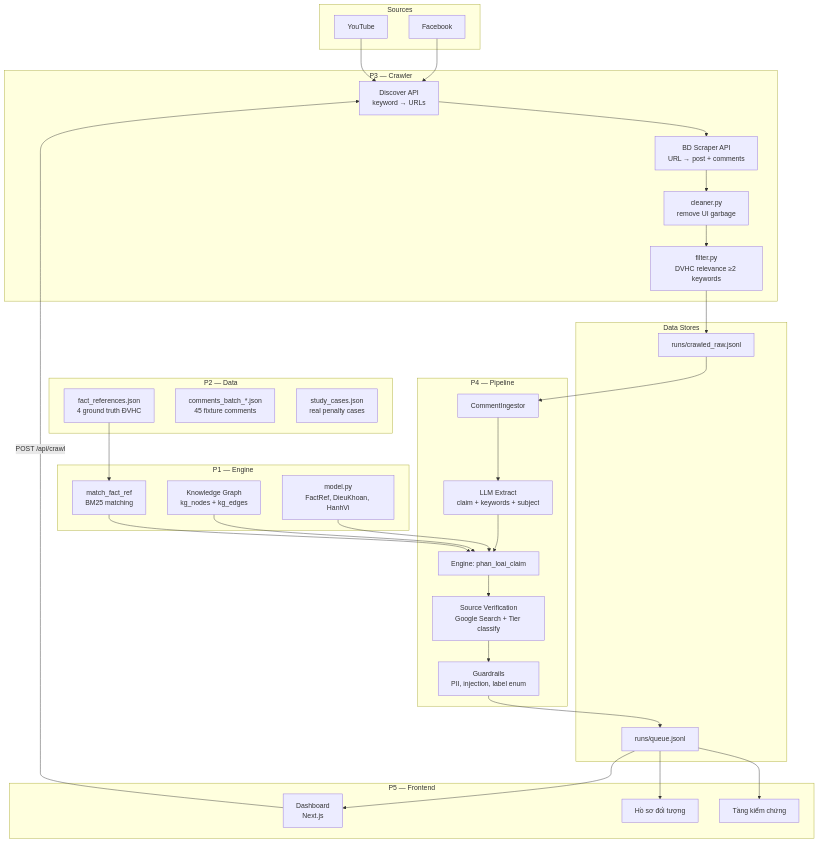
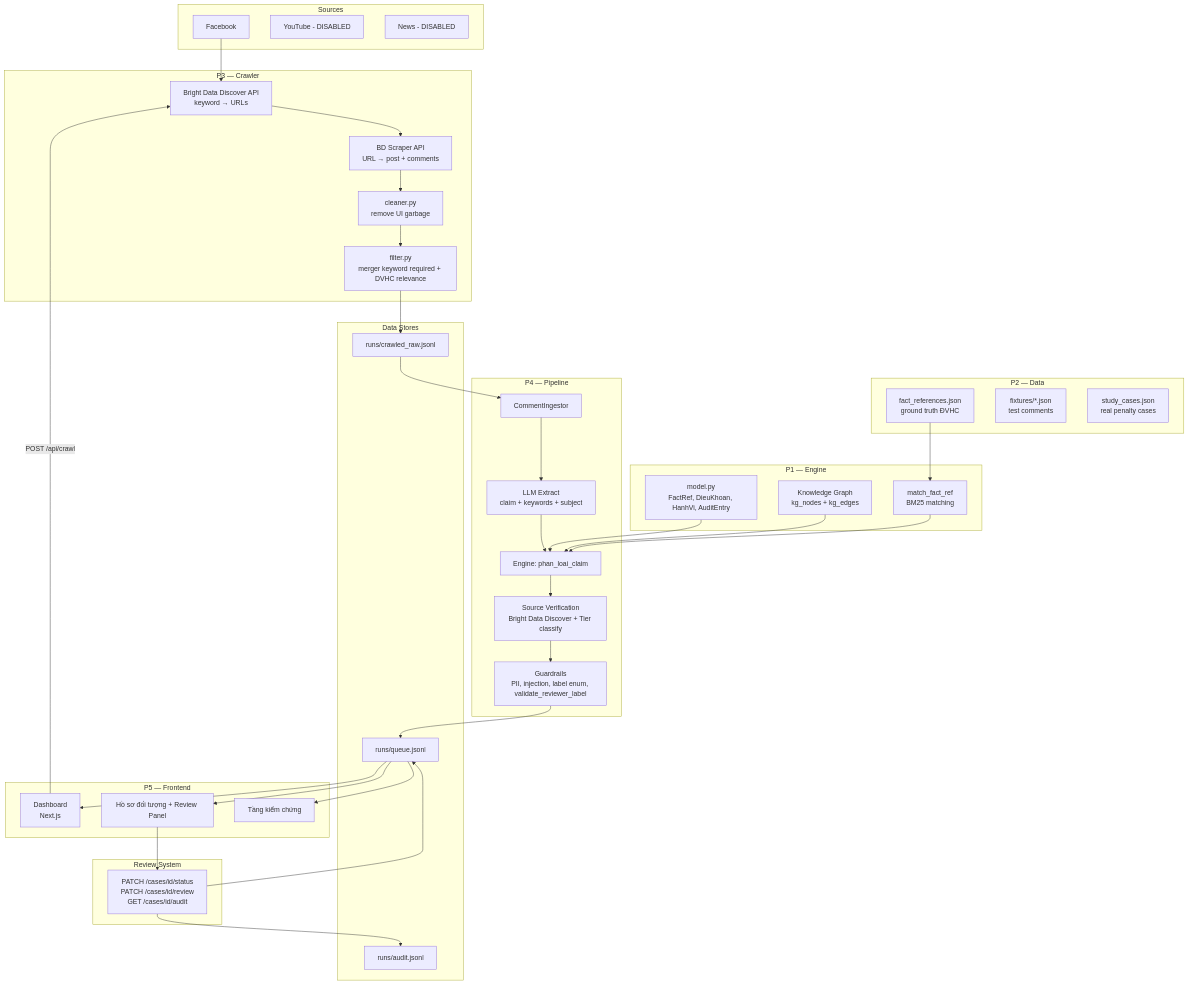
The first of 4 diagrams in README.md (Datghb/dia-chung), drawn with Mermaid before and after one commit. The commit also changed other lines of this file and 4 other files, not shown here.

First line of the commit message:
fix: README architecture update + chart date fallback

````diff
--- a/README.md
+++ b/README.md
@@ -9,70 +9,79 @@
 ```mermaid
 graph TB
     subgraph "Sources"
         FB[Facebook]
-        YT[YouTube]
+        YT[YouTube - DISABLED]
+        NEWS[News - DISABLED]
     end
 
     subgraph "P3 — Crawler"
-        DISCOVER[Discover API<br/>keyword → URLs]
+        DISCOVER[Bright Data Discover API<br/>keyword → URLs]
         SCRAPE[BD Scraper API<br/>URL → post + comments]
         CLEAN[cleaner.py<br/>remove UI garbage]
-        FILTER[filter.py<br/>DVHC relevance ≥2 keywords]
+        FILTER[filter.py<br/>merger keyword required + DVHC relevance]
     end
 
     subgraph "P4 — Pipeline"
         INGEST[CommentIngestor]
         LLM[LLM Extract<br/>claim + keywords + subject]
         ENGINE[Engine: phan_loai_claim]
-        SOURCE[Source Verification<br/>Google Search + Tier classify]
-        GUARD[Guardrails<br/>PII, injection, label enum]
+        SOURCE[Source Verification<br/>Bright Data Discover + Tier classify]
+        GUARD[Guardrails<br/>PII, injection, label enum, validate_reviewer_label]
     end
 
     subgraph "P1 — Engine"
-        MODEL[model.py<br/>FactRef, DieuKhoan, HanhVi]
+        MODEL[model.py<br/>FactRef, DieuKhoan, HanhVi, AuditEntry]
         KG[Knowledge Graph<br/>kg_nodes + kg_edges]
         MATCH[match_fact_ref<br/>BM25 matching]
     end
 
     subgraph "P2 — Data"
-        FACTS[fact_references.json<br/>4 ground truth ĐVHC]
-        FIXTURES[comments_batch_*.json<br/>45 fixture comments]
+        FACTS[fact_references.json<br/>ground truth ĐVHC]
+        FIXTURES[fixtures/*.json<br/>test comments]
         CASES[study_cases.json<br/>real penalty cases]
     end
 
     subgraph "Data Stores"
         CRAWLED[runs/crawled_raw.jsonl]
         QUEUE[runs/queue.jsonl]
+        AUDIT[runs/audit.jsonl]
     end
 
     subgraph "P5 — Frontend"
         DASHBOARD[Dashboard<br/>Next.js]
-        CASEVIEW[Hồ sơ đối tượng]
+        CASEVIEW[Hồ sơ đối tượng + Review Panel]
         VERIFY[Tầng kiểm chứng]
     end
 
+    subgraph "Review System"
+        REVIEW[PATCH /cases/id/status<br/>PATCH /cases/id/review<br/>GET /cases/id/audit]
+    end
+
     FB --> DISCOVER
-    YT --> DISCOVER
     DISCOVER --> SCRAPE
     SCRAPE --> CLEAN
     CLEAN --> FILTER
     FILTER --> CRAWLED
     CRAWLED --> INGEST
 
     INGEST --> LLM
     LLM --> ENGINE
     ENGINE --> SOURCE
     SOURCE --> GUARD
     GUARD --> QUEUE
 
     MODEL --> ENGINE
     KG --> ENGINE
     MATCH --> ENGINE
     FACTS --> MATCH
 
     QUEUE --> DASHBOARD
     QUEUE --> CASEVIEW
     QUEUE --> VERIFY
 
+    CASEVIEW --> REVIEW
+    REVIEW --> QUEUE
+    REVIEW --> AUDIT
+
     DASHBOARD -->|POST /api/crawl| DISCOVER
 ```
````
